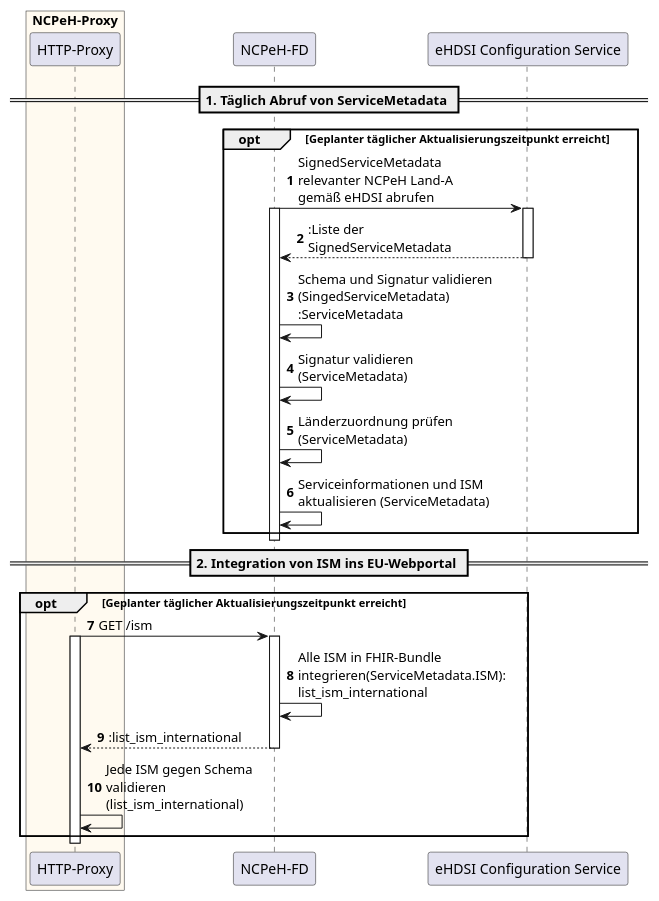
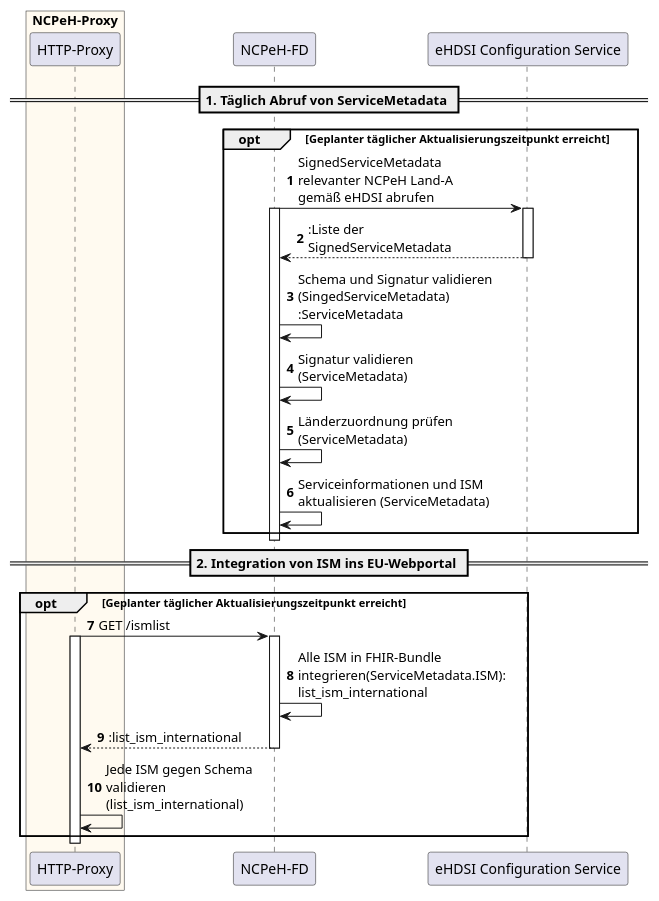
Before and after one commit to gematik/api-ncpeh: the diagram in src/images/feature/eped-b/functional/ISM_bereitstellen.puml, drawn with PlantUML.

Commit message:
fix/ism-specification-contract: Correct ISM list endpoint

```diff
--- a/src/images/feature/eped-b/functional/ISM_bereitstellen.puml
+++ b/src/images/feature/eped-b/functional/ISM_bereitstellen.puml
@@ -1,39 +1,39 @@
 @startuml ISM bereiststellen
 
 skinparam maxMessageSize 200
 autonumber
 
 box "NCPeH-Proxy" #FloralWhite
     participant "HTTP-Proxy" as Proxy
 end box
 participant "NCPeH-FD" as NCPeH
 participant "eHDSI Configuration Service" as ConfServ
 
 == 1. Täglich Abruf von ServiceMetadata ==
 opt Geplanter täglicher Aktualisierungszeitpunkt erreicht
     NCPeH -> ConfServ: SignedServiceMetadata relevanter NCPeH Land-A gemäß eHDSI abrufen
     activate NCPeH 
     activate ConfServ
 
     ConfServ --> NCPeH: :Liste der SignedServiceMetadata
     deactivate ConfServ
 
     NCPeH -> NCPeH: Schema und Signatur validieren (SingedServiceMetadata) :ServiceMetadata
     NCPeH -> NCPeH: Signatur validieren (ServiceMetadata)
     NCPeH -> NCPeH: Länderzuordnung prüfen (ServiceMetadata)
     NCPeH -> NCPeH: Serviceinformationen und ISM aktualisieren (ServiceMetadata)
 end
 deactivate NCPeH
 
 == 2. Integration von ISM ins EU-Webportal ==
 opt Geplanter täglicher Aktualisierungszeitpunkt erreicht
-    Proxy -> NCPeH: GET /ism
+    Proxy -> NCPeH: GET /ismlist
     activate Proxy
     activate NCPeH
     NCPeH -> NCPeH: Alle ISM in FHIR-Bundle integrieren(ServiceMetadata.ISM): list_ism_international
     NCPeH --> Proxy: :list_ism_international
     deactivate NCPeH
     Proxy -> Proxy: Jede ISM gegen Schema validieren (list_ism_international)
 end
 deactivate Proxy
 @enduml
```
